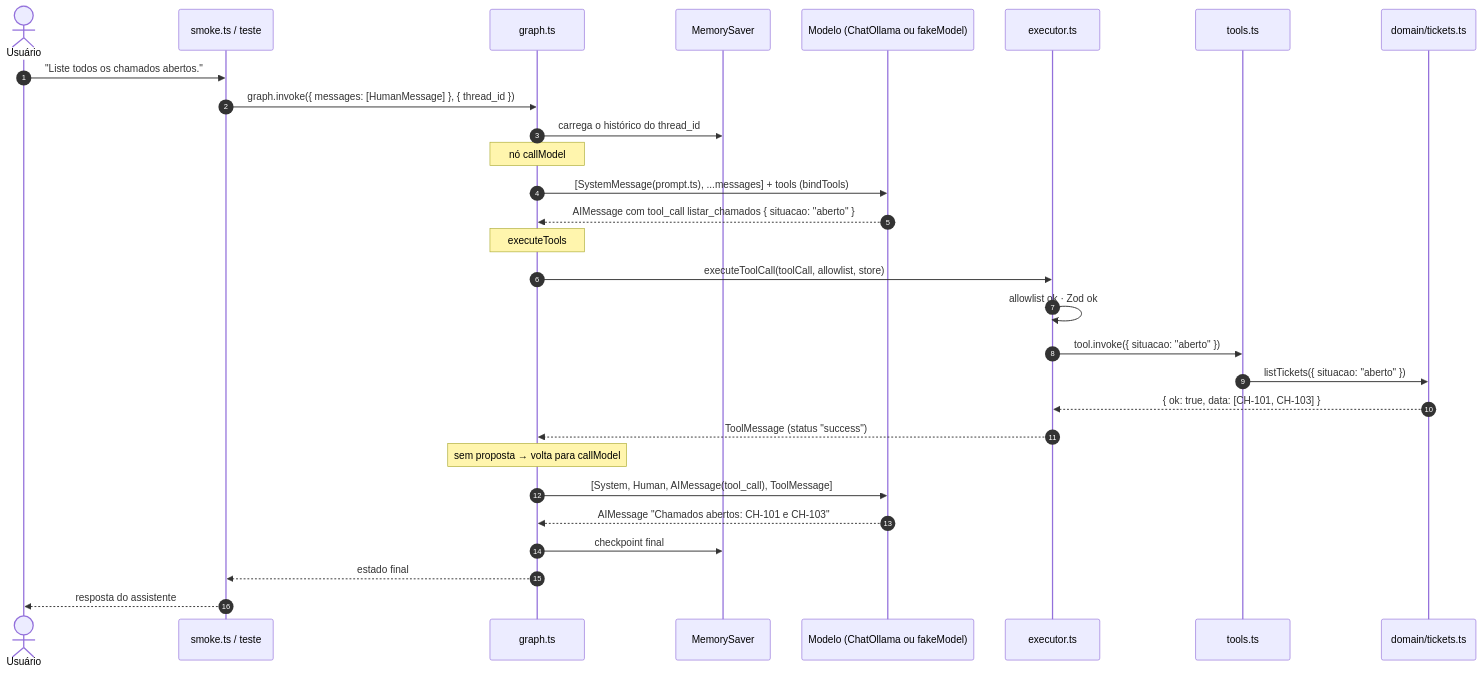
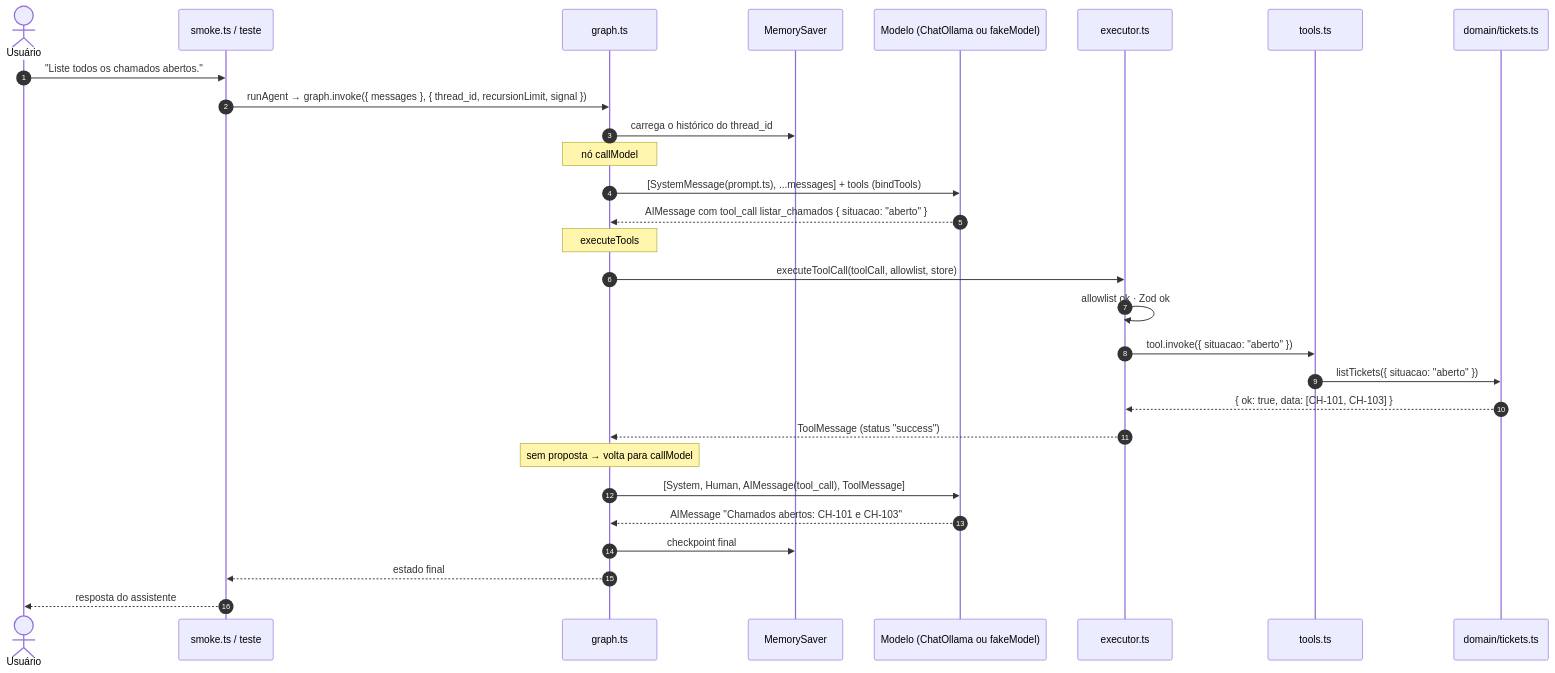
One commit to gpmoura4/qwantyco-project changed the third of 7 diagrams in docs/fluxo.md. Above: the diagram before and after it, drawn with Mermaid. The commit also changed other lines of this file and 15 other files, not shown here.

````diff
--- a/docs/fluxo.md
+++ b/docs/fluxo.md
@@ -85,32 +106,32 @@
 ```mermaid
 sequenceDiagram
     autonumber
     actor U as Usuário
     participant E as smoke.ts / teste
     participant G as graph.ts
     participant S as MemorySaver
     participant M as Modelo (ChatOllama ou fakeModel)
     participant X as executor.ts
     participant T as tools.ts
     participant D as domain/tickets.ts
 
     U->>E: "Liste todos os chamados abertos."
-    E->>G: graph.invoke({ messages: [HumanMessage] }, { thread_id })
+    E->>G: runAgent → graph.invoke({ messages }, { thread_id, recursionLimit, signal })
     G->>S: carrega o histórico do thread_id
     Note over G: nó callModel
     G->>M: [SystemMessage(prompt.ts), ...messages] + tools (bindTools)
     M-->>G: AIMessage com tool_call listar_chamados { situacao: "aberto" }
     Note over G: executeTools
     G->>X: executeToolCall(toolCall, allowlist, store)
     X->>X: allowlist ok · Zod ok
     X->>T: tool.invoke({ situacao: "aberto" })
     T->>D: listTickets({ situacao: "aberto" })
     D-->>X: { ok: true, data: [CH-101, CH-103] }
     X-->>G: ToolMessage (status "success")
     Note over G: sem proposta → volta para callModel
     G->>M: [System, Human, AIMessage(tool_call), ToolMessage]
     M-->>G: AIMessage "Chamados abertos: CH-101 e CH-103"
     G->>S: checkpoint final
     G-->>E: estado final
     E-->>U: resposta do assistente
 ```
````
